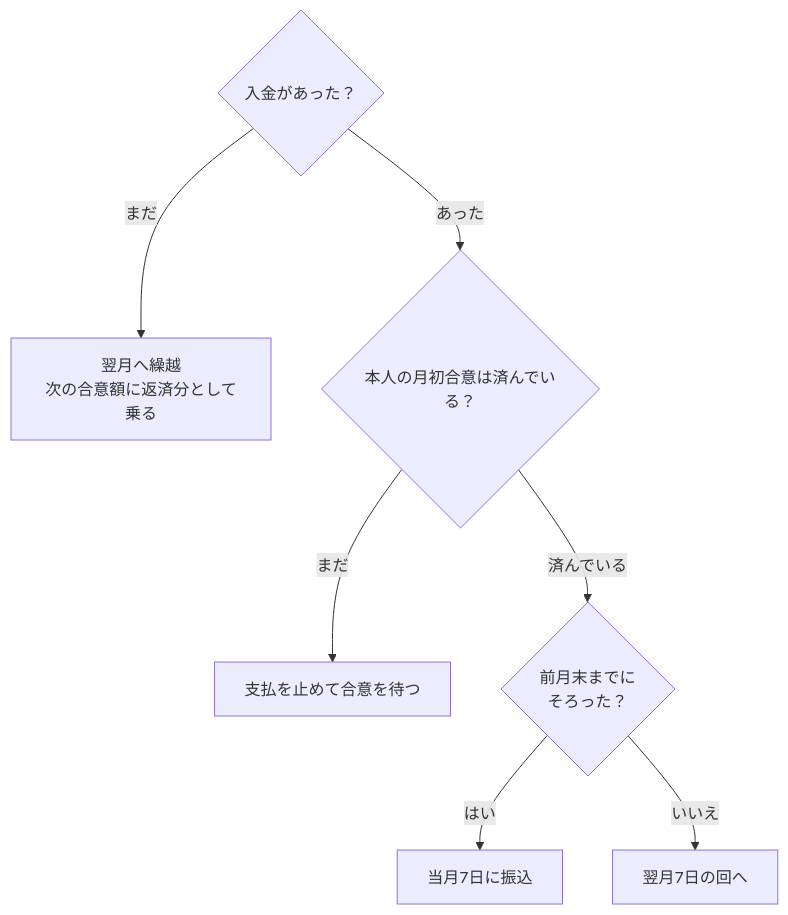
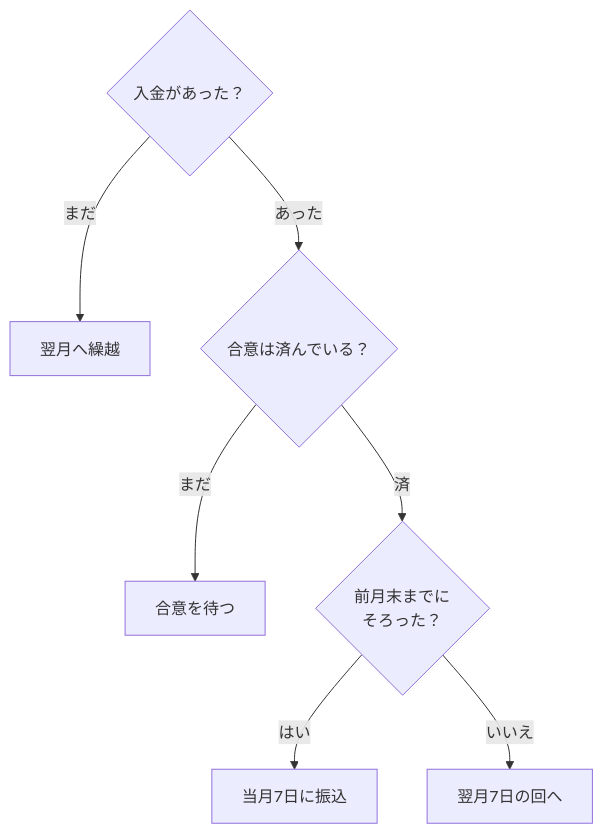
Before and after one commit to masa-teamarmada/amd-os: the second of 6 diagrams in pwa/manual/6-12-member-payout-flow.md, drawn with Mermaid. The commit also changed other lines of this file and 3 other files, not shown here.

First line of the commit message:
style(manual): フロー図を1画面で追える大きさに縮める

````diff
--- a/pwa/manual/6-12-member-payout-flow.md
+++ b/pwa/manual/6-12-member-payout-flow.md
@@ -31,9 +31,9 @@
 ```mermaid
 flowchart TD
-  A{"入金があった？"} -- まだ --> B["翌月へ繰越<br/>次の合意額に返済分として乗る"]
-  A -- あった --> C{"本人の月初合意は済んでいる？"}
-  C -- まだ --> D["支払を止めて合意を待つ"]
-  C -- 済んでいる --> E{"前月末までに<br/>そろった？"}
+  A{"入金があった？"} -- まだ --> B["翌月へ繰越"]
+  A -- あった --> C{"合意は済んでいる？"}
+  C -- まだ --> D["合意を待つ"]
+  C -- 済 --> E{"前月末までに<br/>そろった？"}
   E -- はい --> F["当月7日に振込"]
   E -- いいえ --> G["翌月7日の回へ"]
 ```
````
